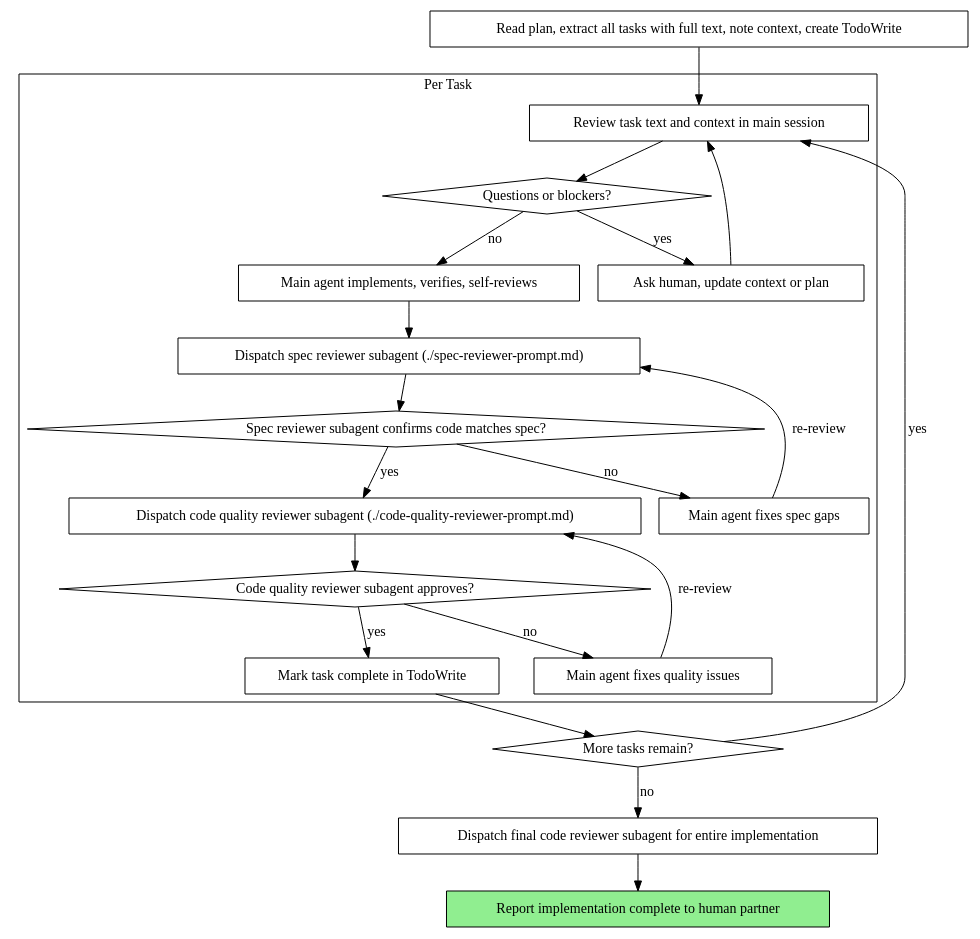
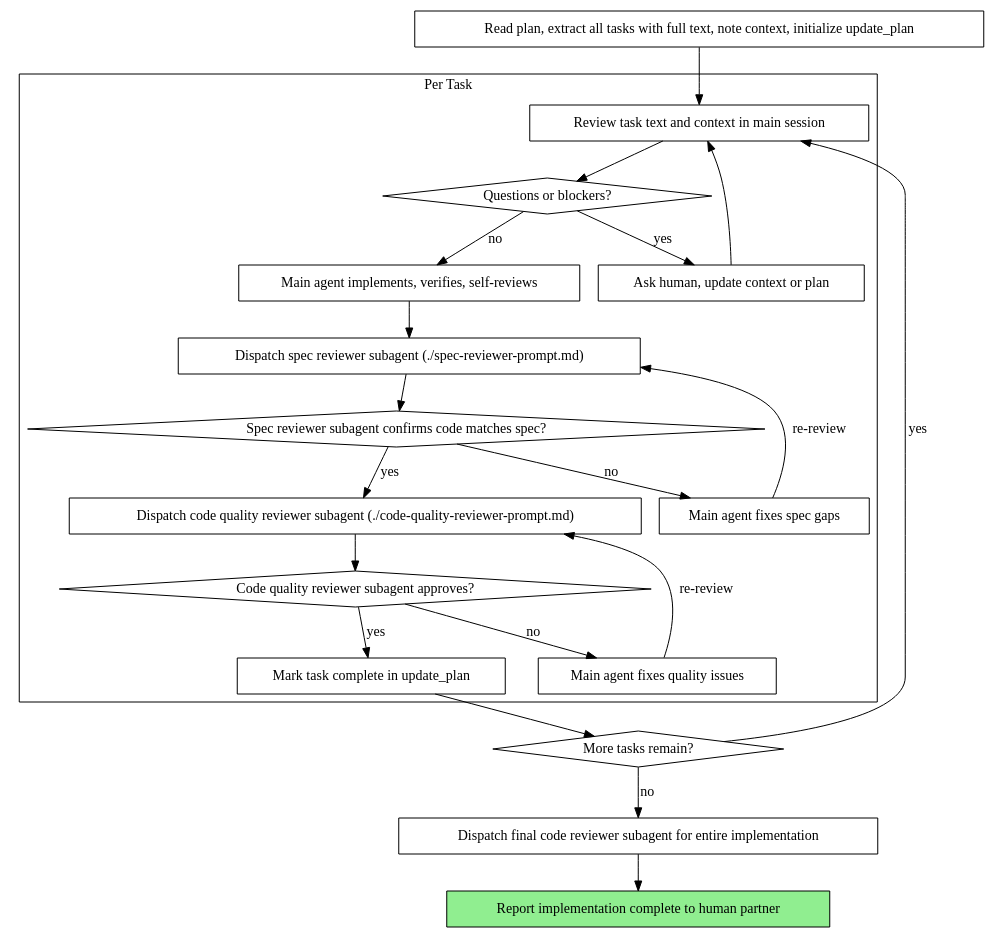
Before and after one commit to chitao1234/superpowers: the second of 2 diagrams in skills/subagent-driven-development/SKILL.md, drawn with Graphviz. The commit also changed other lines of this file and 18 other files, not shown here.

````diff
--- a/skills/subagent-driven-development/SKILL.md
+++ b/skills/subagent-driven-development/SKILL.md
@@ -47,44 +47,44 @@
 ```dot
 digraph process {
     rankdir=TB;
 
     subgraph cluster_per_task {
         label="Per Task";
         "Review task text and context in main session" [shape=box];
         "Questions or blockers?" [shape=diamond];
         "Ask human, update context or plan" [shape=box];
         "Main agent implements, verifies, self-reviews" [shape=box];
         "Dispatch spec reviewer subagent (./spec-reviewer-prompt.md)" [shape=box];
         "Spec reviewer subagent confirms code matches spec?" [shape=diamond];
         "Main agent fixes spec gaps" [shape=box];
         "Dispatch code quality reviewer subagent (./code-quality-reviewer-prompt.md)" [shape=box];
         "Code quality reviewer subagent approves?" [shape=diamond];
         "Main agent fixes quality issues" [shape=box];
-        "Mark task complete in TodoWrite" [shape=box];
+        "Mark task complete in update_plan" [shape=box];
     }
 
-    "Read plan, extract all tasks with full text, note context, create TodoWrite" [shape=box];
+    "Read plan, extract all tasks with full text, note context, initialize update_plan" [shape=box];
     "More tasks remain?" [shape=diamond];
     "Dispatch final code reviewer subagent for entire implementation" [shape=box];
     "Report implementation complete to human partner" [shape=box style=filled fillcolor=lightgreen];
 
-    "Read plan, extract all tasks with full text, note context, create TodoWrite" -> "Review task text and context in main session";
+    "Read plan, extract all tasks with full text, note context, initialize update_plan" -> "Review task text and context in main session";
     "Review task text and context in main session" -> "Questions or blockers?";
     "Questions or blockers?" -> "Ask human, update context or plan" [label="yes"];
     "Ask human, update context or plan" -> "Review task text and context in main session";
     "Questions or blockers?" -> "Main agent implements, verifies, self-reviews" [label="no"];
     "Main agent implements, verifies, self-reviews" -> "Dispatch spec reviewer subagent (./spec-reviewer-prompt.md)";
     "Dispatch spec reviewer subagent (./spec-reviewer-prompt.md)" -> "Spec reviewer subagent confirms code matches spec?";
     "Spec reviewer subagent confirms code matches spec?" -> "Main agent fixes spec gaps" [label="no"];
     "Main agent fixes spec gaps" -> "Dispatch spec reviewer subagent (./spec-reviewer-prompt.md)" [label="re-review"];
     "Spec reviewer subagent confirms code matches spec?" -> "Dispatch code quality reviewer subagent (./code-quality-reviewer-prompt.md)" [label="yes"];
     "Dispatch code quality reviewer subagent (./code-quality-reviewer-prompt.md)" -> "Code quality reviewer subagent approves?";
     "Code quality reviewer subagent approves?" -> "Main agent fixes quality issues" [label="no"];
     "Main agent fixes quality issues" -> "Dispatch code quality reviewer subagent (./code-quality-reviewer-prompt.md)" [label="re-review"];
-    "Code quality reviewer subagent approves?" -> "Mark task complete in TodoWrite" [label="yes"];
-    "Mark task complete in TodoWrite" -> "More tasks remain?";
+    "Code quality reviewer subagent approves?" -> "Mark task complete in update_plan" [label="yes"];
+    "Mark task complete in update_plan" -> "More tasks remain?";
     "More tasks remain?" -> "Review task text and context in main session" [label="yes"];
     "More tasks remain?" -> "Dispatch final code reviewer subagent for entire implementation" [label="no"];
     "Dispatch final code reviewer subagent for entire implementation" -> "Report implementation complete to human partner";
 }
 ```
````
